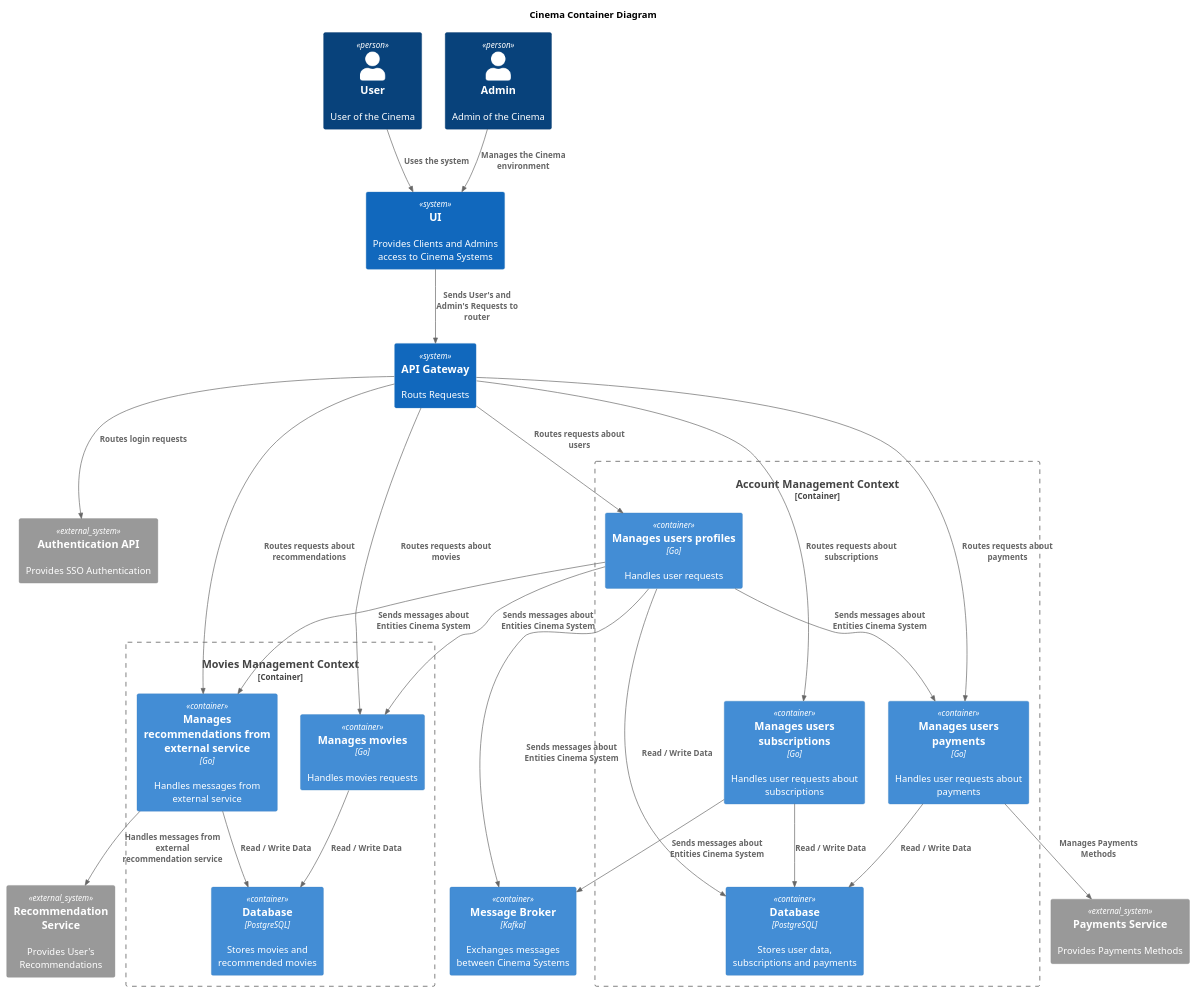
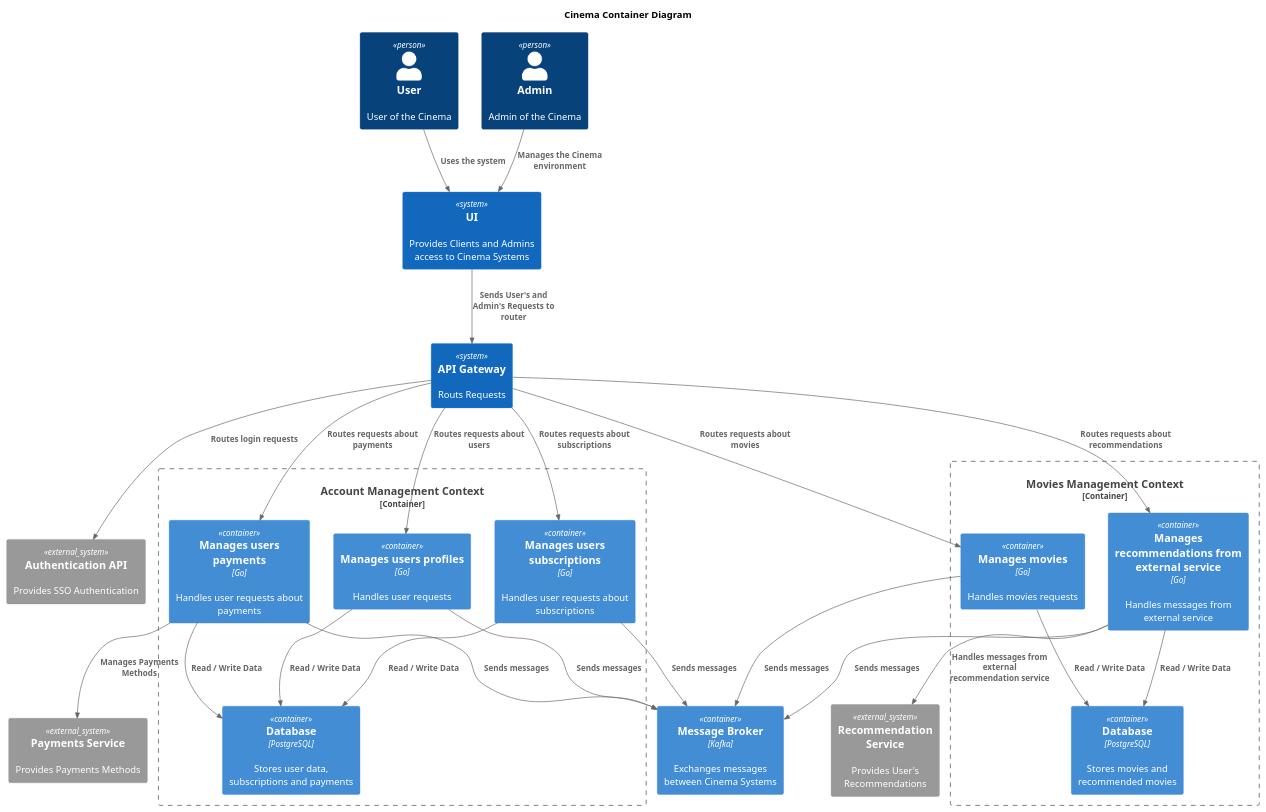
Before and after one commit to evsi92/practicum-sprint-2: the diagram in docs/Task1_Container.puml, drawn with PlantUML. The commit also changed 1 other file, not shown here.

```diff
--- a/docs/Task1_Container.puml
+++ b/docs/Task1_Container.puml
@@ -1,61 +1,61 @@
 @startuml
 title Cinema Container Diagram
 
 top to bottom direction
 
 !includeurl https://raw.githubusercontent.com/RicardoNiepel/C4-PlantUML/master/C4_Component.puml
 
 Person(user, "User", "User of the Cinema")
 Person(admin, "Admin", "Admin of the Cinema")
 
 Container(messageBroker, "Message Broker", "Kafka", "Exchanges messages between Cinema Systems")
 
 System(ui, "UI", "Provides Clients and Admins access to Cinema Systems")
 System(apiGateway, "API Gateway", "Routs Requests")
 
 System_Ext(externalAuthApi, "Authentication API", "Provides SSO Authentication")
 System_Ext(externalRecommendationService, "Recommendation Service", "Provides User's Recommendations")
 System_Ext(externalPaymentsService, "Payments Service", "Provides Payments Methods")
 
 Rel(user, ui, "Uses the system")
 Rel(admin, ui, "Manages the Cinema environment")
 Rel(ui, apiGateway, "Sends User's and Admin's Requests to router")
 
 Container_Boundary(accountManagementContext, "Account Management Context") {
   Container(usersService, "Manages users profiles", "Go", "Handles user requests")
   Container(subscriptionsService, "Manages users subscriptions", "Go", "Handles user requests about subscriptions")
   Container(paymentsService, "Manages users payments", "Go", "Handles user requests about payments")
   Container(accountsDomainDatabase, "Database", "PostgreSQL", "Stores user data, subscriptions and payments")
 }
 
 Rel(usersService, accountsDomainDatabase, "Read / Write Data")
 Rel(subscriptionsService, accountsDomainDatabase, "Read / Write Data")
 Rel(paymentsService, accountsDomainDatabase, "Read / Write Data")
 
 Rel(apiGateway, usersService, "Routes requests about users")
 Rel(apiGateway, subscriptionsService, "Routes requests about subscriptions")
 Rel(apiGateway, paymentsService, "Routes requests about payments")
 Rel(apiGateway, externalAuthApi, "Routes login requests")
 Rel(paymentsService, externalPaymentsService, "Manages Payments Methods")
 
 Container_Boundary(moviesContext, "Movies Management Context") {
   Container(moviesService, "Manages movies", "Go", "Handles movies requests")
   Container(recommendationService, "Manages recommendations from external service", "Go", "Handles messages from external service")
   Container(moviesDomainDatabase, "Database", "PostgreSQL", "Stores movies and recommended movies")
 }
 
 Rel(moviesService, moviesDomainDatabase, "Read / Write Data")
 Rel(recommendationService, moviesDomainDatabase, "Read / Write Data")
 
 Rel(apiGateway, moviesService, "Routes requests about movies")
 Rel(apiGateway, recommendationService, "Routes requests about recommendations")
 
 Rel(recommendationService, externalRecommendationService, "Handles messages from external recommendation service")
 
-Rel(usersService, messageBroker, "Sends messages about Entities Cinema System")
-Rel(subscriptionsService, messageBroker, "Sends messages about Entities Cinema System")
-Rel(usersService, paymentsService, "Sends messages about Entities Cinema System")
-Rel(usersService, moviesService, "Sends messages about Entities Cinema System")
-Rel(usersService, recommendationService, "Sends messages about Entities Cinema System")
+Rel(usersService, messageBroker, "Sends messages")
+Rel(subscriptionsService, messageBroker, "Sends messages")
+Rel(paymentsService, messageBroker, "Sends messages")
+Rel(moviesService, messageBroker, "Sends messages")
+Rel(recommendationService, messageBroker, "Sends messages")
 
 @enduml
```
